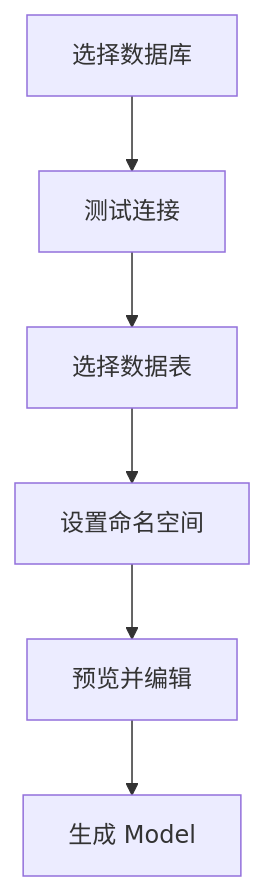
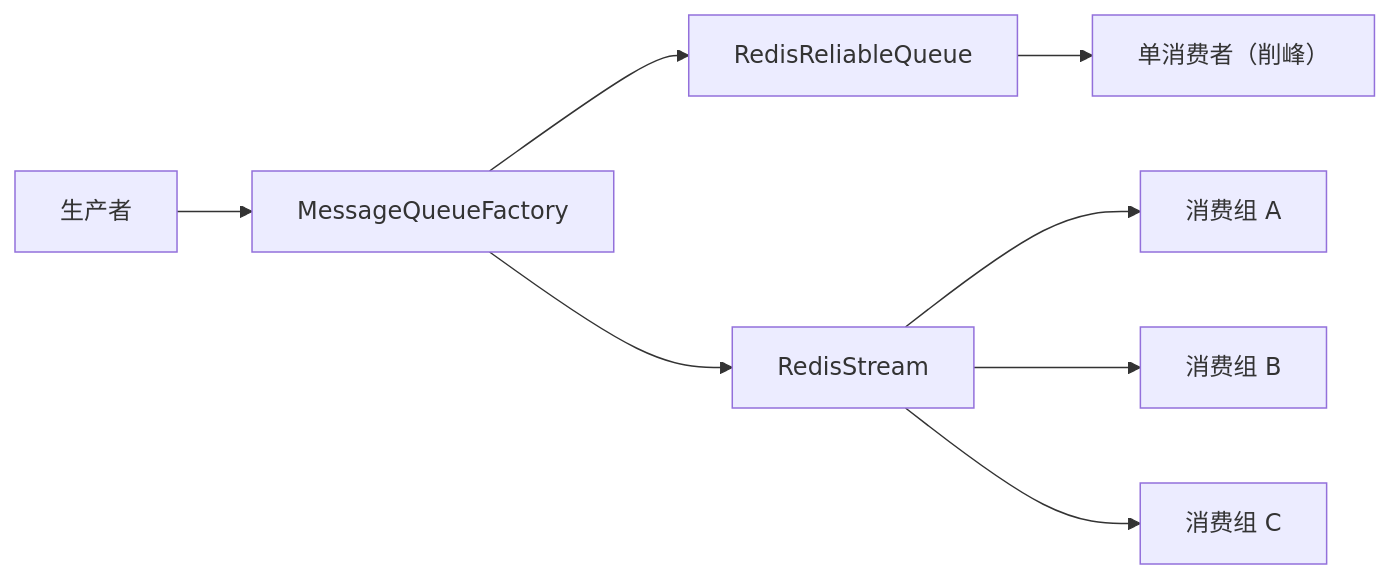
The second of 3 diagrams in .monkeycode/specs/项目需求2026年5月/design.md (SamHub1991/FastData), drawn with Mermaid before and after one commit. The commit also changed other lines of this file and 18 other files, not shown here.

````diff
--- a/.monkeycode/specs/项目需求2026年5月/design.md
+++ b/.monkeycode/specs/项目需求2026年5月/design.md
@@ -142,8 +107,10 @@
 ```mermaid
-graph TD
-    A["选择数据库"] --> B["测试连接"]
-    B --> C["选择数据表"]
-    C --> D["设置命名空间"]
-    D --> E["预览并编辑"]
-    E --> F["生成 Model"]
+graph LR
+    A["生产者"] --> B["MessageQueueFactory"]
+    B --> C["RedisReliableQueue"]
+    B --> D["RedisStream"]
+    C --> E["单消费者（削峰）"]
+    D --> F["消费组 A"]
+    D --> G["消费组 B"]
+    D --> H["消费组 C"]
 ```
````
